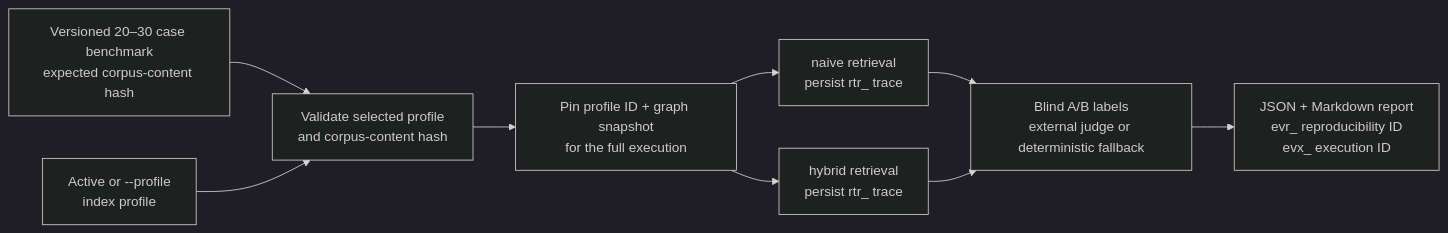
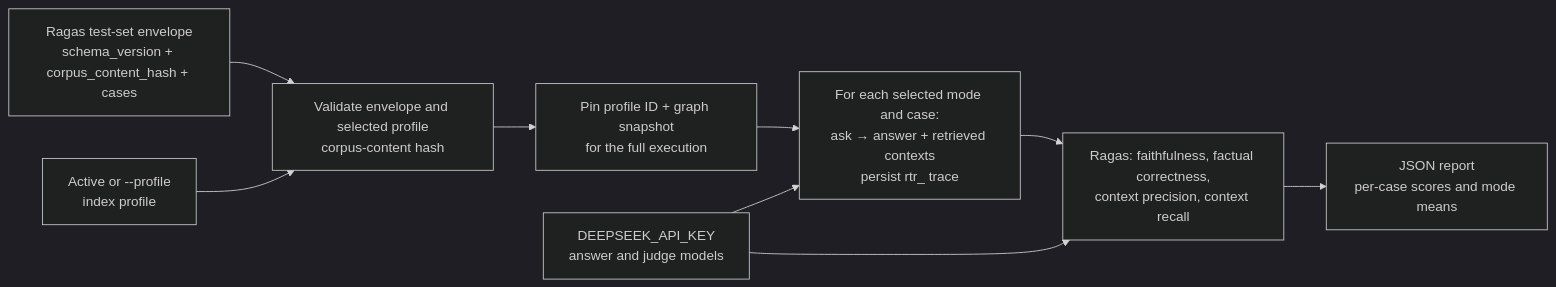
Before and after one commit to asdukw/agentic-rag: the fourth of 4 diagrams in docs/architecture.md, drawn with Mermaid (dark theme). The commit also changed other lines of this file and 28 other files, not shown here.

````diff
--- a/docs/architecture.md
+++ b/docs/architecture.md
@@ -168,11 +169,11 @@
 ```mermaid
 flowchart LR
-    B["Versioned 20–30 case benchmark\nexpected corpus-content hash"] --> V["Validate selected profile\nand corpus-content hash"]
+    T["Ragas test-set envelope\nschema_version + corpus_content_hash + cases"] --> V["Validate envelope and selected profile\ncorpus-content hash"]
     P["Active or --profile\nindex profile"] --> V
     V --> Pin["Pin profile ID + graph snapshot\nfor the full execution"]
-    Pin --> N["naive retrieval\npersist rtr_ trace"]
-    Pin --> H["hybrid retrieval\npersist rtr_ trace"]
-    N --> J["Blind A/B labels\nexternal judge or deterministic fallback"]
-    H --> J
-    J --> R["JSON + Markdown report\nevr_ reproducibility ID\nevx_ execution ID"]
+    Pin --> Ask["For each selected mode and case:\nask → answer + retrieved contexts\npersist rtr_ trace"]
+    Ask --> Score["Ragas: faithfulness, factual correctness,\ncontext precision, context recall"]
+    Key["DEEPSEEK_API_KEY\nanswer and judge models"] --> Ask
+    Key --> Score
+    Score --> R["JSON report\nper-case scores and mode means"]
 ```
````
